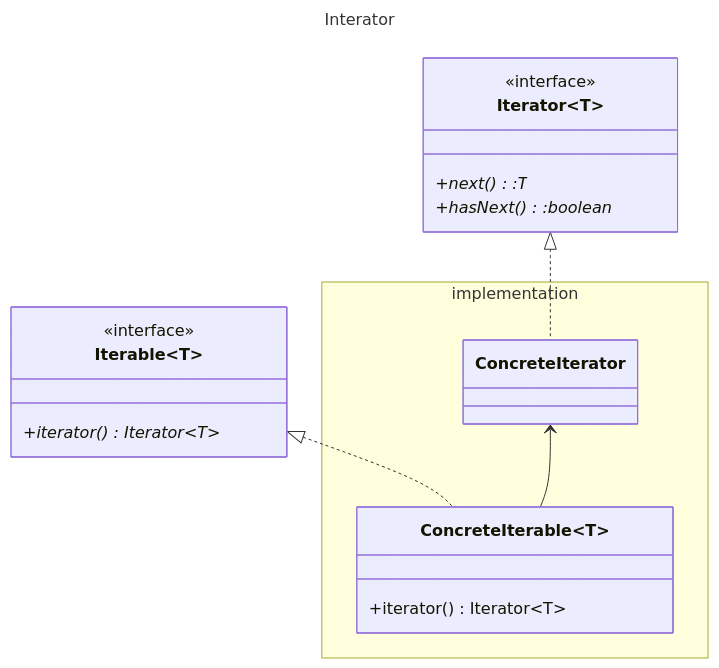
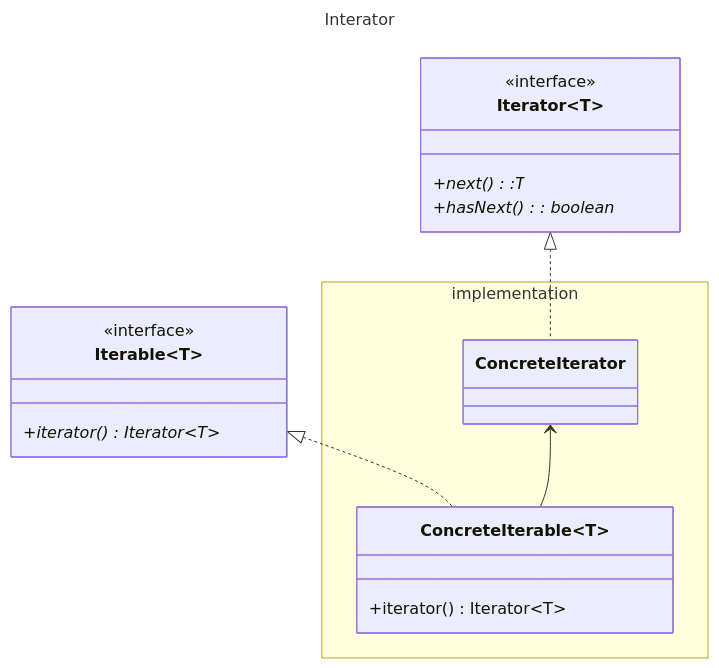
One commit to mtrigueira/JGoF changed the diagram in src/main/java/org/example/gof/behaviour/iterator/Iterator.md. Above: the diagram before and after it, drawn with Mermaid. The commit also changed other lines of this file and 9 other files, not shown here.

Commit message:
tidy up diagrams

````diff
--- a/src/main/java/org/example/gof/behaviour/iterator/Iterator.md
+++ b/src/main/java/org/example/gof/behaviour/iterator/Iterator.md
@@ -1,26 +1,26 @@
 ```mermaid
 ---
 title: Interator
 ---
 classDiagram
     class Iterable~T~ {
         <<interface>>
         +iterator() Iterator~T~*
     }
     class Iterator~T~ {
         <<interface>>
         +next():T*
-        +hasNext():boolean*
+        +hasNext(): boolean*
     }
     namespace implementation {
         class ConcreteIterable~T~ {
             +iterator() Iterator~T~
         }
         class ConcreteIterator {
         }
     }
 
     Iterable <|.. ConcreteIterable
     Iterator <|.. ConcreteIterator
     ConcreteIterator <-- ConcreteIterable
 ```
````
